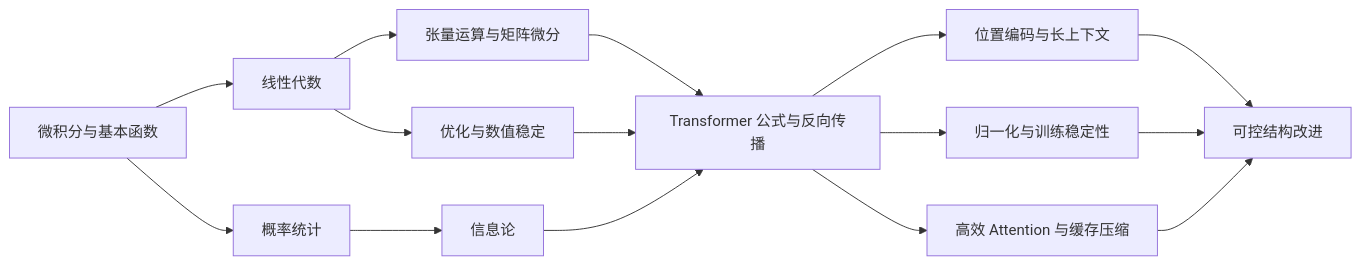
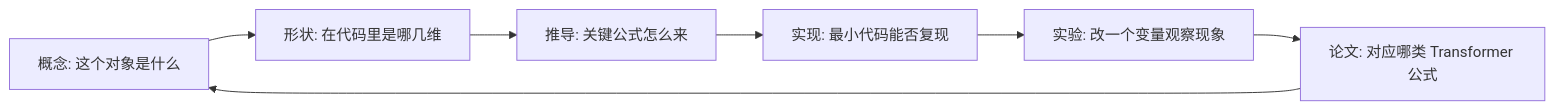
One commit to codediyi/math-foundation-site changed the diagram in docs/index.md. Above: the diagram before and after it, drawn with Mermaid. The commit also changed other lines of this file and 7 other files, not shown here.

````diff
--- a/docs/index.md
+++ b/docs/index.md
@@ -30,17 +43,9 @@
 ```mermaid
 flowchart LR
-    A[微积分与基本函数] --> B[线性代数]
-    B --> C[张量运算与矩阵微分]
-    A --> D[概率统计]
-    D --> E[信息论]
-    B --> F[优化与数值稳定]
-    C --> G[Transformer 公式与反向传播]
-    E --> G
-    F --> G
-    G --> H[位置编码与长上下文]
-    G --> I[归一化与训练稳定性]
-    G --> J[高效 Attention 与缓存压缩]
-    H --> K[可控结构改进]
-    I --> K
-    J --> K
+    A[概念: 这个对象是什么] --> B[形状: 在代码里是哪几维]
+    B --> C[推导: 关键公式怎么来]
+    C --> D[实现: 最小代码能否复现]
+    D --> E[实验: 改一个变量观察现象]
+    E --> F[论文: 对应哪类 Transformer 公式]
+    F --> A
 ```
````
